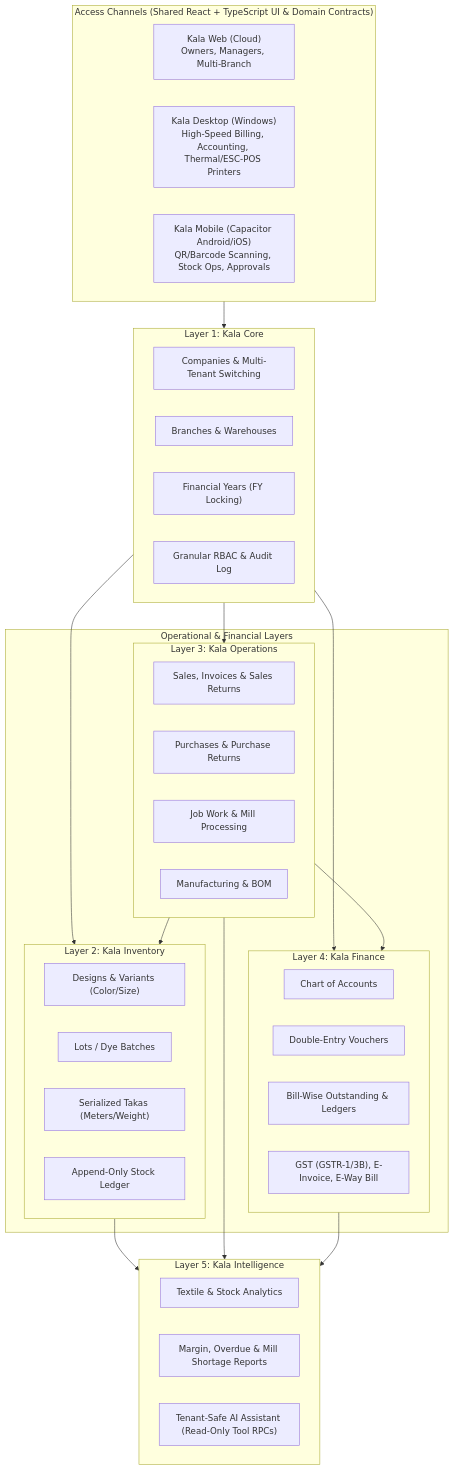
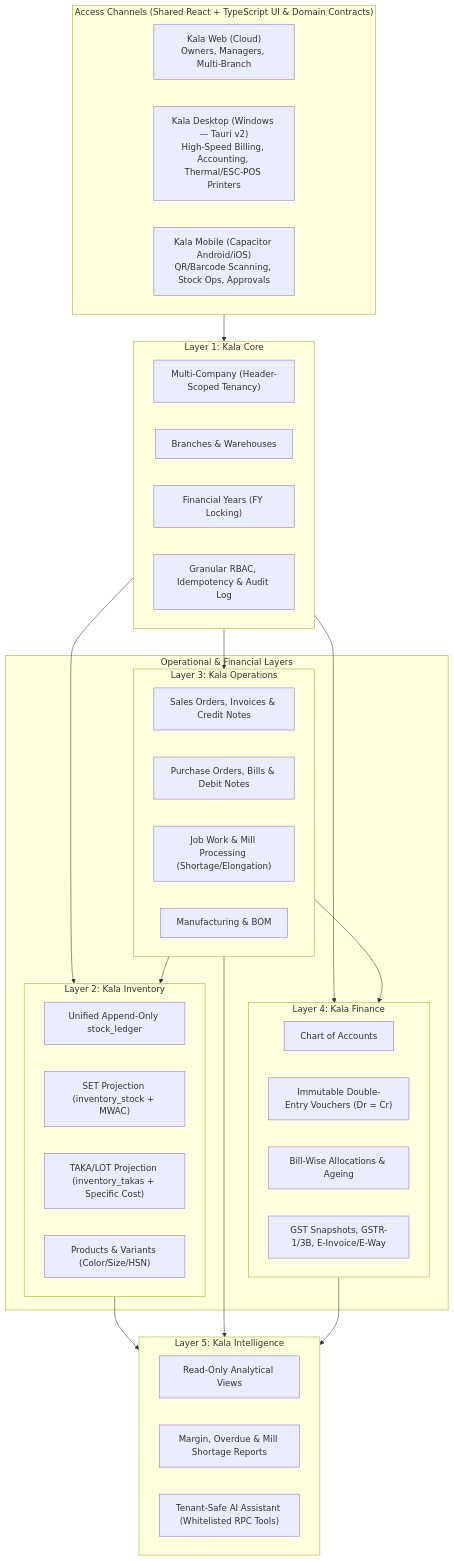
The diagram in docs/ERP_ARCHITECTURE.md (404Vardan/kala-textiles), drawn with Mermaid before and after one commit. The commit also changed other lines of this file, not shown here.

Commit message:
docs(erp): harden Stage 0 architecture for unified ledger, accounting immutability, header tenancy, atomic lifecycle, and offline sync

````diff
--- a/docs/ERP_ARCHITECTURE.md
+++ b/docs/ERP_ARCHITECTURE.md
@@ -13,54 +13,54 @@
 ```mermaid
 flowchart TB
   subgraph Clients["Access Channels (Shared React + TypeScript UI & Domain Contracts)"]
     Web["Kala Web (Cloud)<br/>Owners, Managers, Multi-Branch"]
-    Desktop["Kala Desktop (Windows)<br/>High-Speed Billing, Accounting, Thermal/ESC-POS Printers"]
+    Desktop["Kala Desktop (Windows — Tauri v2)<br/>High-Speed Billing, Accounting, Thermal/ESC-POS Printers"]
     Mobile["Kala Mobile (Capacitor Android/iOS)<br/>QR/Barcode Scanning, Stock Ops, Approvals"]
   end
 
   subgraph Core["Layer 1: Kala Core"]
-    C1["Companies & Multi-Tenant Switching"]
+    C1["Multi-Company (Header-Scoped Tenancy)"]
     C2["Branches & Warehouses"]
     C3["Financial Years (FY Locking)"]
-    C4["Granular RBAC & Audit Log"]
+    C4["Granular RBAC, Idempotency & Audit Log"]
   end
 
   subgraph Domain["Operational & Financial Layers"]
     subgraph Inv["Layer 2: Kala Inventory"]
-      I1["Designs & Variants (Color/Size)"]
-      I2["Lots / Dye Batches"]
-      I3["Serialized Takas (Meters/Weight)"]
-      I4["Append-Only Stock Ledger"]
-    end
-
-    subgraph Ops["Layer 3: Kala Operations"]
-      O1["Sales, Invoices & Sales Returns"]
-      O2["Purchases & Purchase Returns"]
-      O3["Job Work & Mill Processing"]
-      O4["Manufacturing & BOM"]
+      I1["Unified Append-Only stock_ledger"]
+      I2["SET Projection (inventory_stock + MWAC)"]
+      I3["TAKA/LOT Projection (inventory_takas + Specific Cost)"]
+      I4["Products & Variants (Color/Size/HSN)"]
     end
 
     subgraph Fin["Layer 4: Kala Finance"]
       F1["Chart of Accounts"]
-      F2["Double-Entry Vouchers"]
-      F3["Bill-Wise Outstanding & Ledgers"]
-      F4["GST (GSTR-1/3B), E-Invoice, E-Way Bill"]
+      F2["Immutable Double-Entry Vouchers (Dr = Cr)"]
+      F3["Bill-Wise Allocations & Ageing"]
+      F4["GST Snapshots, GSTR-1/3B, E-Invoice/E-Way"]
+    end
+
+    subgraph Ops["Layer 3: Kala Operations"]
+      O1["Sales Orders, Invoices & Credit Notes"]
+      O2["Purchase Orders, Bills & Debit Notes"]
+      O3["Job Work & Mill Processing (Shortage/Elongation)"]
+      O4["Manufacturing & BOM"]
     end
   end
 
   subgraph Intel["Layer 5: Kala Intelligence"]
-    N1["Textile & Stock Analytics"]
+    N1["Read-Only Analytical Views"]
     N2["Margin, Overdue & Mill Shortage Reports"]
-    N3["Tenant-Safe AI Assistant (Read-Only Tool RPCs)"]
+    N3["Tenant-Safe AI Assistant (Whitelisted RPC Tools)"]
   end
 
   Clients --> Core
   Core --> Inv
+  Core --> Fin
   Core --> Ops
-  Core --> Fin
   Ops --> Inv
   Ops --> Fin
   Inv --> Intel
   Ops --> Intel
   Fin --> Intel
 ```
````
